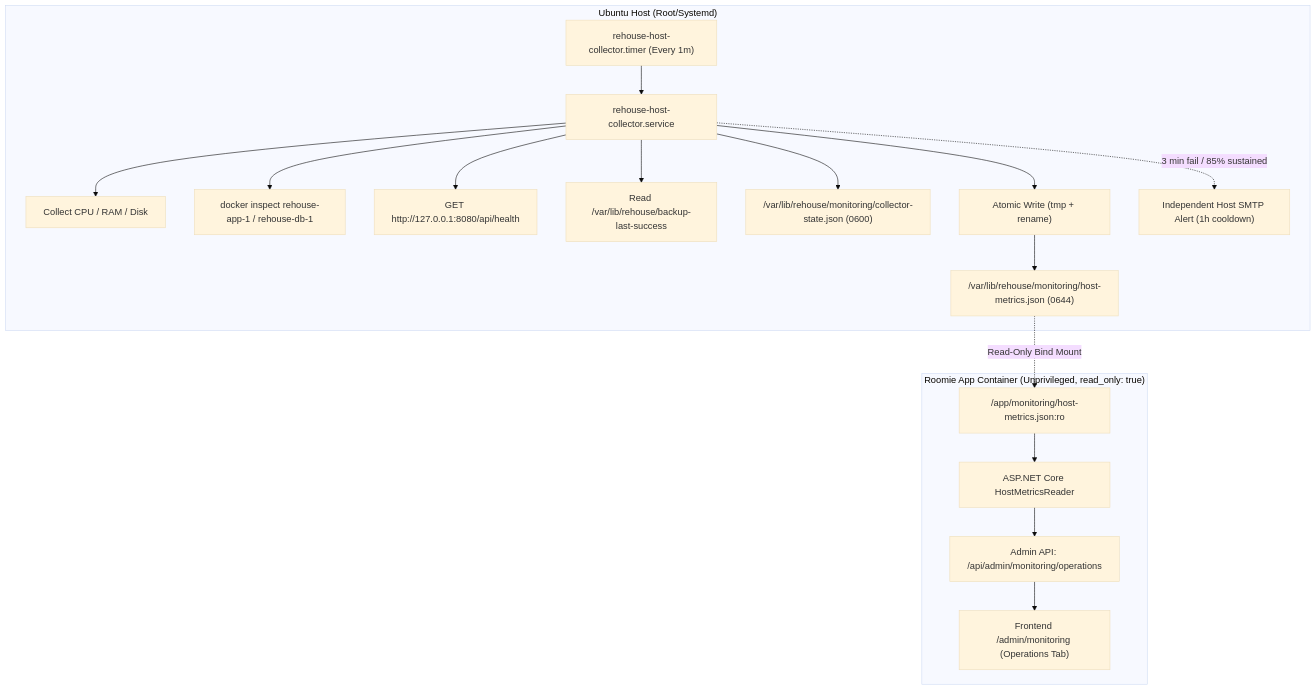
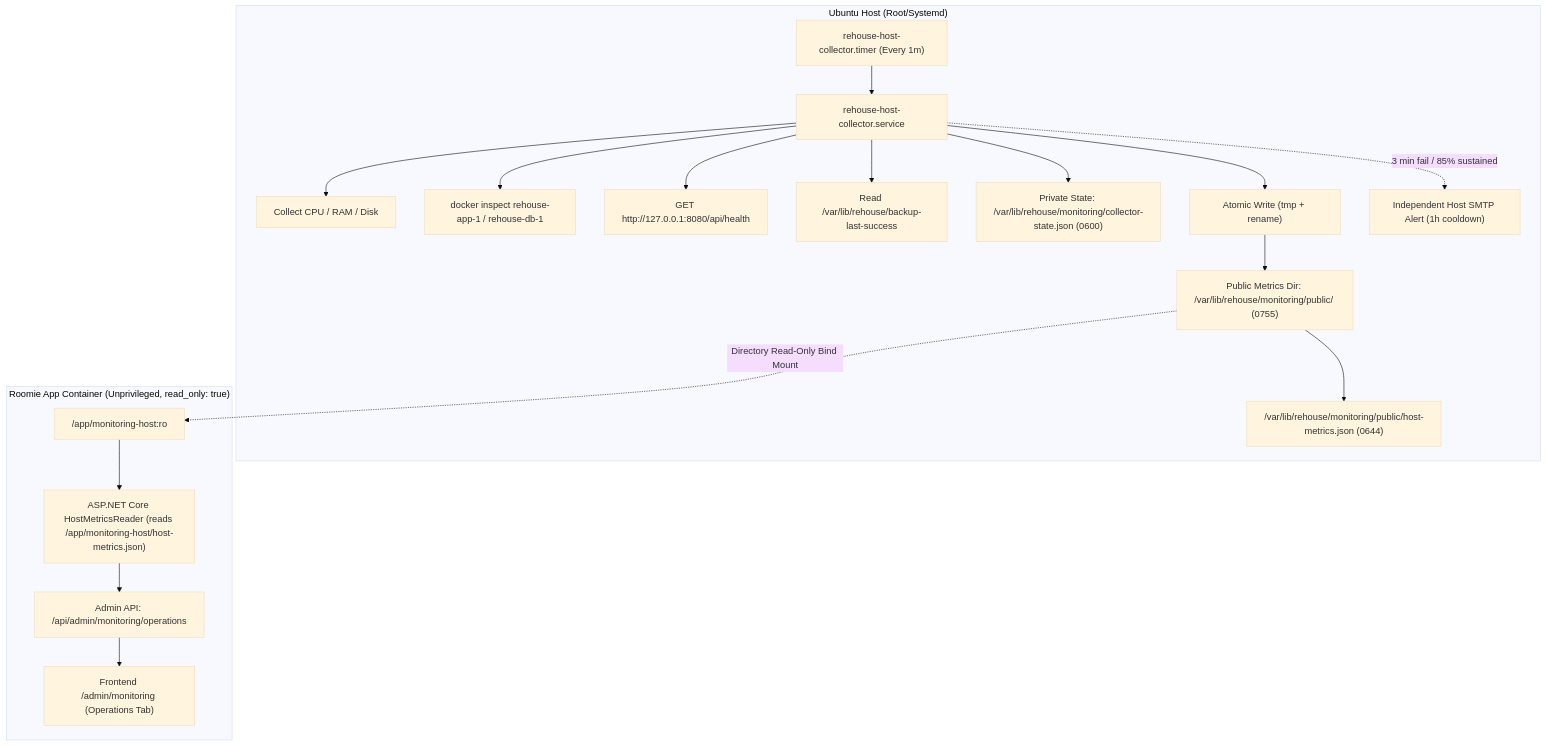
The diagram in docs/monitoring/host-contract.md (nhaq0505/Roomie), drawn with Mermaid (base theme) before and after one commit. The commit also changed other lines of this file and 4 other files, not shown here.

Commit message:
fix(monitoring): directory bind mount, container health, sustained timing, and SMTP reliability

````diff
--- a/docs/monitoring/host-contract.md
+++ b/docs/monitoring/host-contract.md
@@ -9,21 +9,22 @@
 ```mermaid
 flowchart TD
     subgraph Host ["Ubuntu Host (Root/Systemd)"]
         Timer["rehouse-host-collector.timer (Every 1m)"] --> Service["rehouse-host-collector.service"]
         Service --> HostMetrics["Collect CPU / RAM / Disk"]
         Service --> DockerInspect["docker inspect rehouse-app-1 / rehouse-db-1"]
         Service --> LoopbackHealth["GET http://127.0.0.1:8080/api/health"]
         Service --> BackupCheck["Read /var/lib/rehouse/backup-last-success"]
-        Service --> StateFile["/var/lib/rehouse/monitoring/collector-state.json (0600)"]
+        Service --> StateFile["Private State: /var/lib/rehouse/monitoring/collector-state.json (0600)"]
         Service --> AtomicWrite["Atomic Write (tmp + rename)"]
-        AtomicWrite --> HostJson["/var/lib/rehouse/monitoring/host-metrics.json (0644)"]
+        AtomicWrite --> PublicDir["Public Metrics Dir: /var/lib/rehouse/monitoring/public/ (0755)"]
+        PublicDir --> HostJson["/var/lib/rehouse/monitoring/public/host-metrics.json (0644)"]
         Service -.->|3 min fail / 85% sustained| HostSmtp["Independent Host SMTP Alert (1h cooldown)"]
     end
 
     subgraph Container ["Roomie App Container (Unprivileged, read_only: true)"]
-        HostJson -.->|Read-Only Bind Mount| AppMount["/app/monitoring/host-metrics.json:ro"]
-        AppMount --> BackendIngest["ASP.NET Core HostMetricsReader"]
+        PublicDir -.->|Directory Read-Only Bind Mount| AppMount["/app/monitoring-host:ro"]
+        AppMount --> BackendIngest["ASP.NET Core HostMetricsReader (reads /app/monitoring-host/host-metrics.json)"]
         BackendIngest --> AdminApi["Admin API: /api/admin/monitoring/operations"]
         AdminApi --> AdminUi["Frontend /admin/monitoring (Operations Tab)"]
     end
 ```
````
